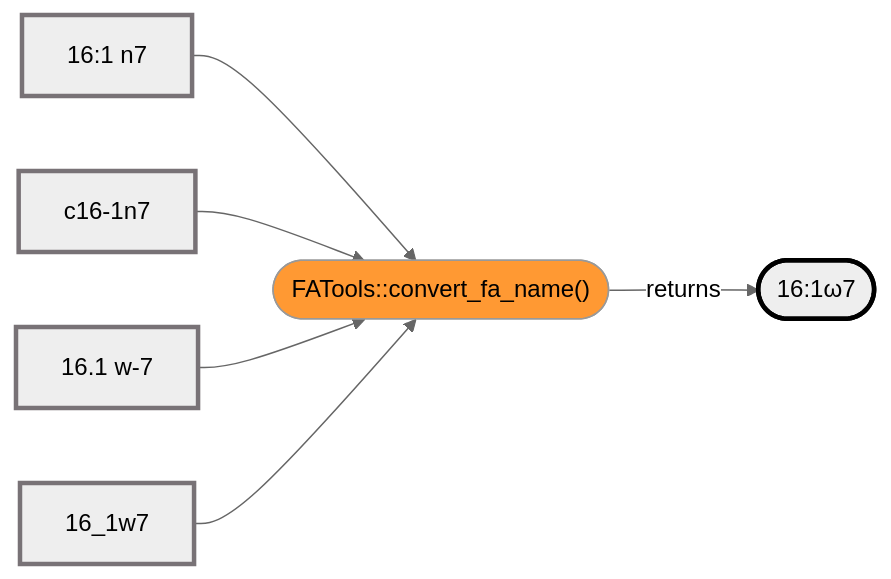
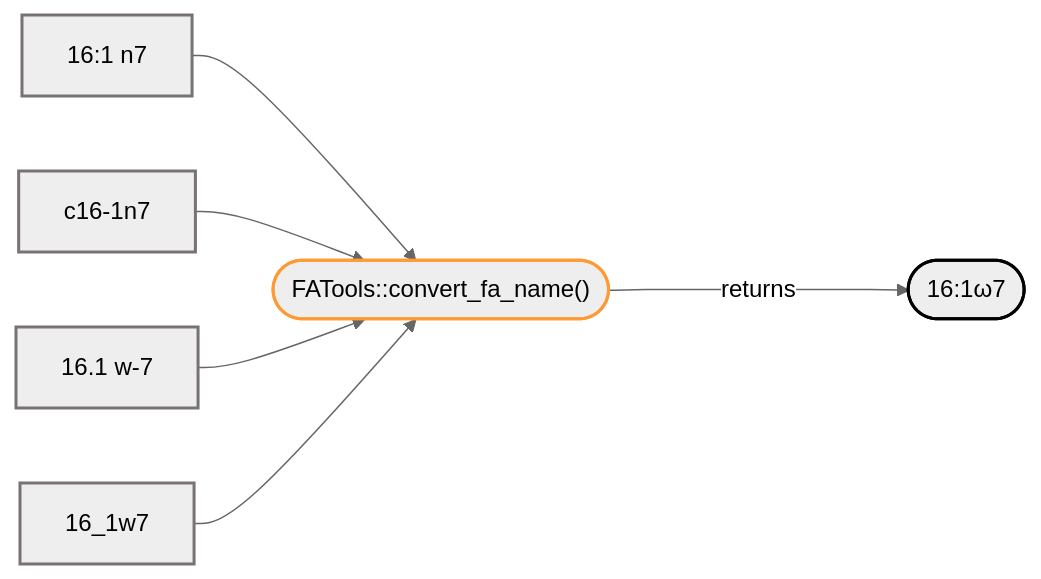
Before and after one commit to miketommus/FATools: the second of 4 diagrams in README.Rmd, drawn with Mermaid (neutral theme). The commit also changed other lines of this file and 1 other file, not shown here.

Commit message:
Improve flowchart readability

````diff
--- a/README.Rmd
+++ b/README.Rmd
@@ -108,18 +119,18 @@
 ```mermaid
 flowchart LR
 A["16:1 n7"]:::data
 B["c16-1n7"]:::data
 C["16.1 w-7"]:::data
 D["16_1w7"]:::data
 E(["FATools::convert_fa_name()"]):::func
 A --> E
 B --> E
 C--> E
 D --> E
 F(["16:1ω7"])
-E -->|returns | F:::result
+E ---->|returns | F:::result
 
-classDef data stroke:#787276, stroke-width:3
-classDef func fill:#ff9933
-classDef result stroke:#000, stroke-width:3
+classDef data stroke:#787276, stroke-width:2
+classDef func stroke:#ff9933, stroke-width:2
+classDef result stroke:#000, stroke-width:2
 ```
````
